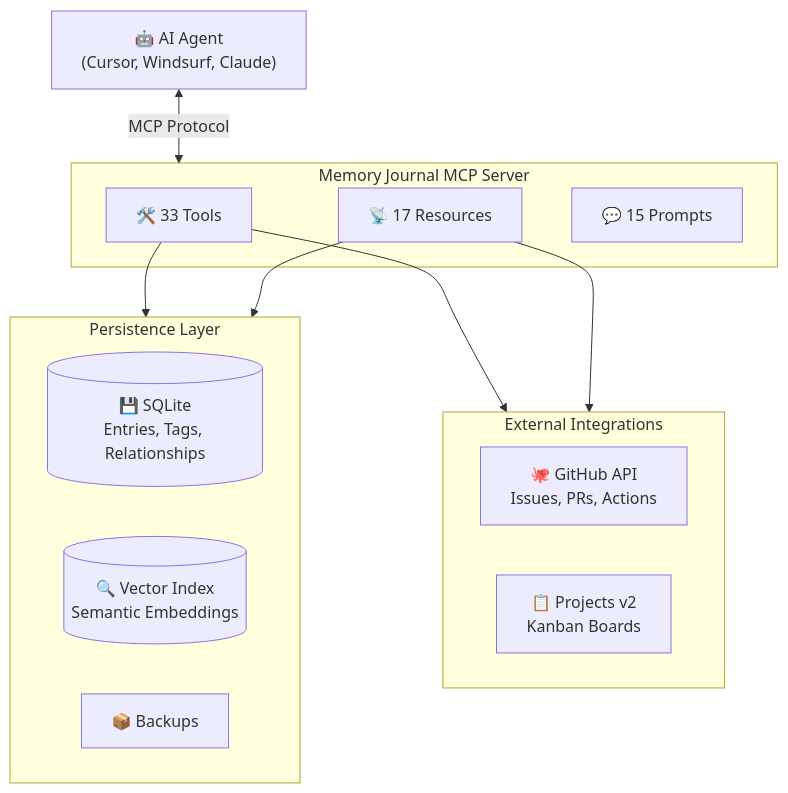
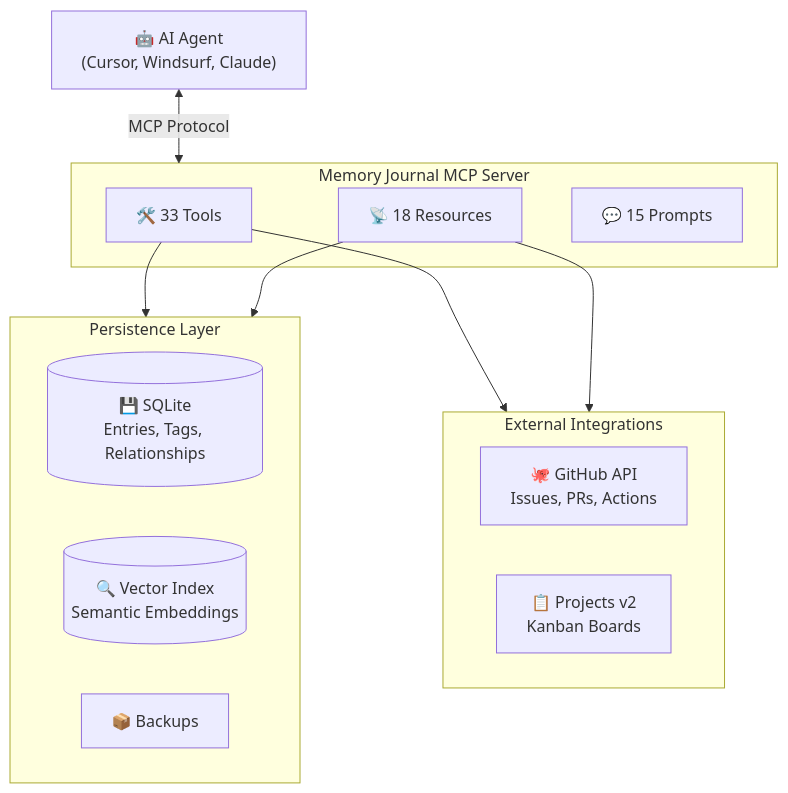
The second of 2 diagrams in README.md (neverinfamous/memory-journal-mcp), drawn with Mermaid before and after one commit. The commit also changed other lines of this file, not shown here.

Commit message:
docs: Fix resource count from 17 to 18 (12 static + 6 template)
Part of documentation audit for Unreleased changelog consistency.

````diff
--- a/README.md
+++ b/README.md
@@ -446,27 +446,27 @@
 ```mermaid
 flowchart TB
     AI["🤖 AI Agent<br/>(Cursor, Windsurf, Claude)"]
 
     subgraph MCP["Memory Journal MCP Server"]
         Tools["🛠️ 33 Tools"]
-        Resources["📡 17 Resources"]
+        Resources["📡 18 Resources"]
         Prompts["💬 15 Prompts"]
     end
 
     subgraph Storage["Persistence Layer"]
         SQLite[("💾 SQLite<br/>Entries, Tags, Relationships")]
         Vector[("🔍 Vector Index<br/>Semantic Embeddings")]
         Backups["📦 Backups"]
     end
 
     subgraph External["External Integrations"]
         GitHub["🐙 GitHub API<br/>Issues, PRs, Actions"]
         Kanban["📋 Projects v2<br/>Kanban Boards"]
     end
 
     AI <-->|"MCP Protocol"| MCP
     Tools --> Storage
     Tools --> External
     Resources --> Storage
     Resources --> External
 ```
````
